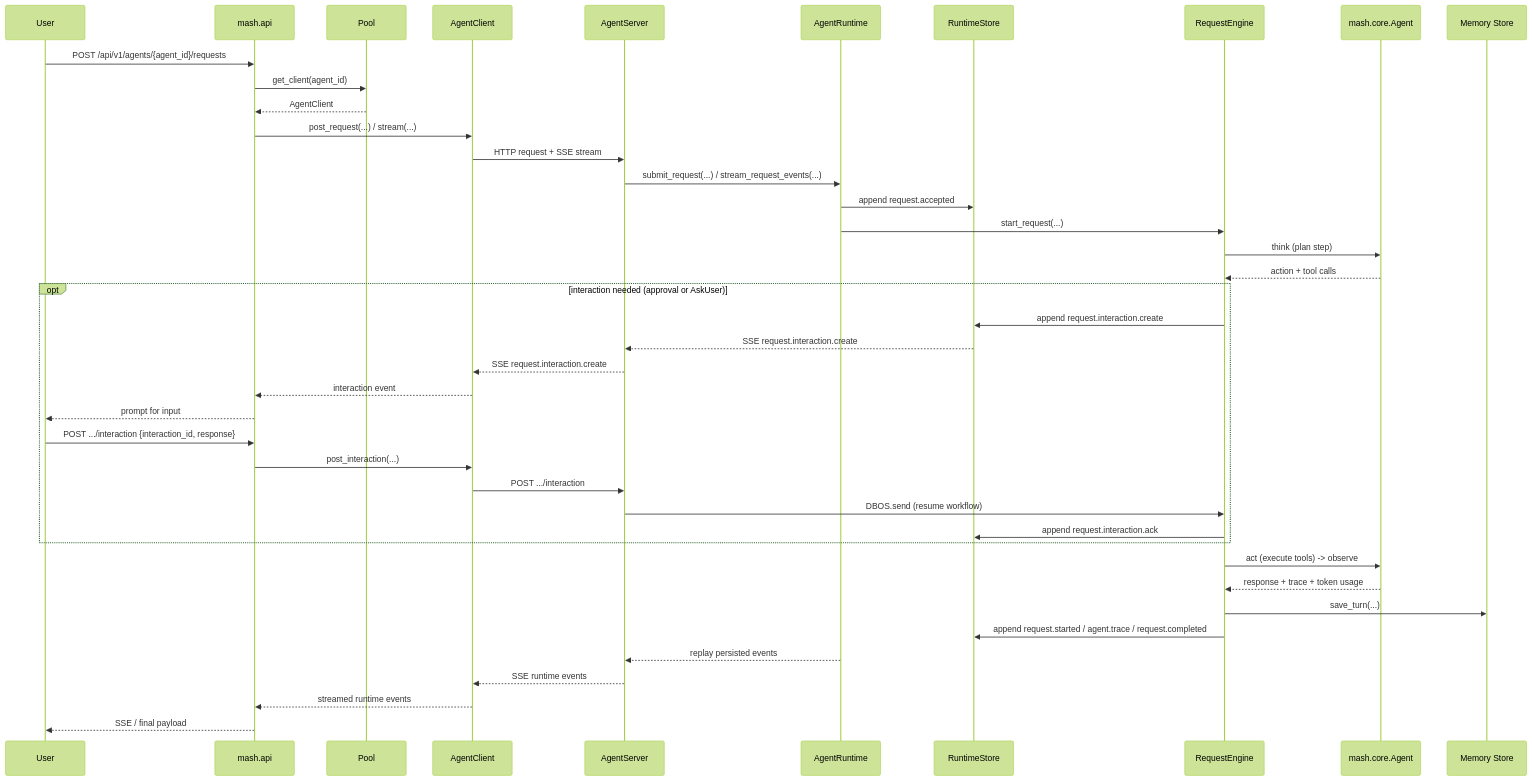
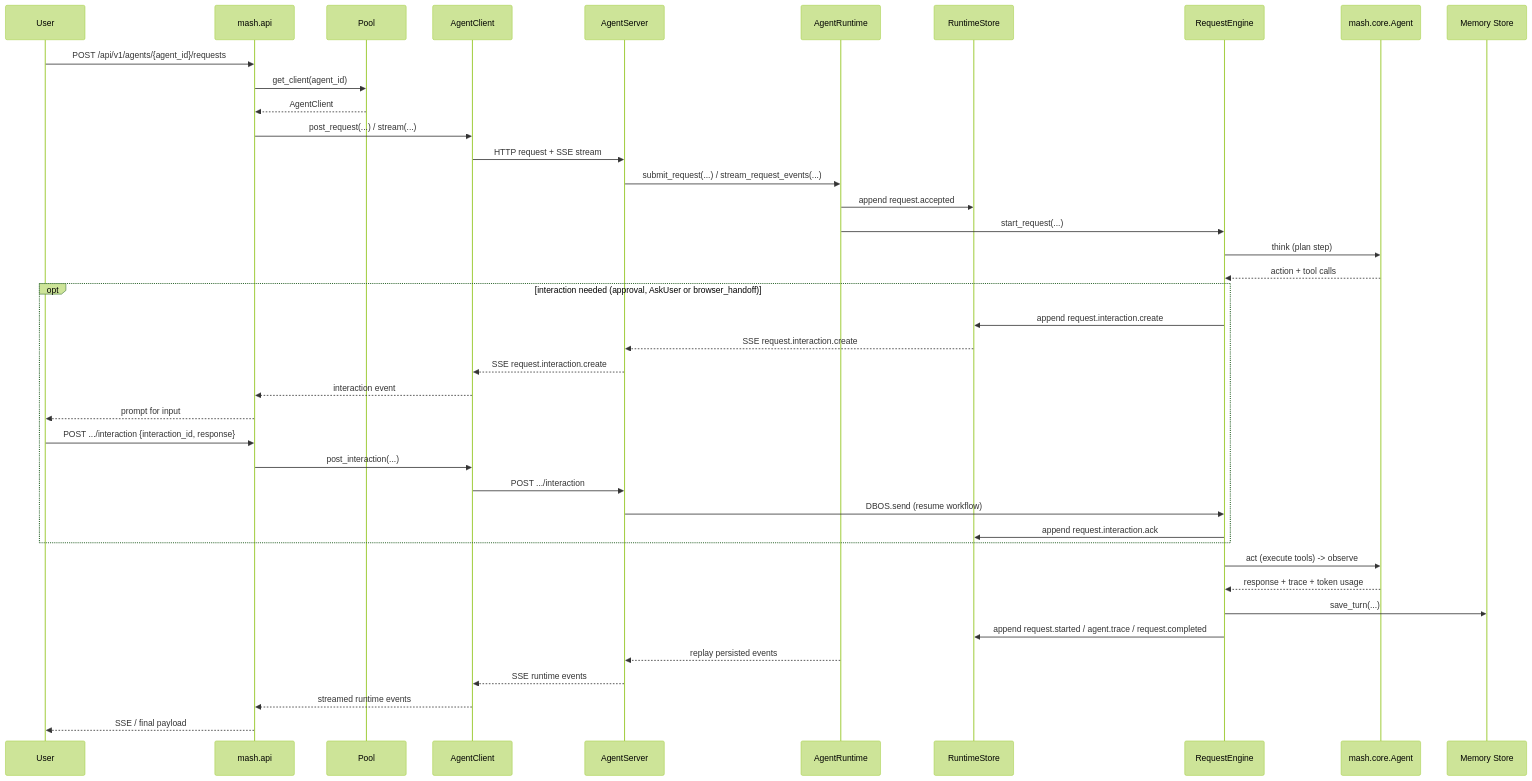
The diagram in src/mash/runtime/README.md (imsid/mashpy), drawn with Mermaid (forest theme) before and after one commit. The commit also changed other lines of this file and 80 other files, not shown here.

First line of the commit message:
feat(browser): give agents a per-user browser driven through Playwright MCP (#253)

````diff
--- a/src/mash/runtime/README.md
+++ b/src/mash/runtime/README.md
@@ -81,46 +81,46 @@
 ```mermaid
 sequenceDiagram
     participant User
     participant API as mash.api
     participant Pool
     participant Client as AgentClient
     participant Server as AgentServer
     participant Runtime as AgentRuntime
     participant Events as RuntimeStore
     participant Engine as RequestEngine
     participant Agent as mash.core.Agent
     participant Memory as Memory Store
 
     User->>API: POST /api/v1/agents/{agent_id}/requests
     API->>Pool: get_client(agent_id)
     Pool-->>API: AgentClient
     API->>Client: post_request(...) / stream(...)
     Client->>Server: HTTP request + SSE stream
     Server->>Runtime: submit_request(...) / stream_request_events(...)
     Runtime->>Events: append request.accepted
     Runtime->>Engine: start_request(...)
     Engine->>Agent: think (plan step)
     Agent-->>Engine: action + tool calls
 
-    opt interaction needed (approval or AskUser)
+    opt interaction needed (approval, AskUser or browser_handoff)
         Engine->>Events: append request.interaction.create
         Events-->>Server: SSE request.interaction.create
         Server-->>Client: SSE request.interaction.create
         Client-->>API: interaction event
         API-->>User: prompt for input
         User->>API: POST .../interaction {interaction_id, response}
         API->>Client: post_interaction(...)
         Client->>Server: POST .../interaction
         Server->>Engine: DBOS.send (resume workflow)
         Engine->>Events: append request.interaction.ack
     end
 
     Engine->>Agent: act (execute tools) -> observe
     Agent-->>Engine: response + trace + token usage
     Engine->>Memory: save_turn(...)
     Engine->>Events: append request.started / agent.trace / request.completed
     Runtime-->>Server: replay persisted events
     Server-->>Client: SSE runtime events
     Client-->>API: streamed runtime events
     API-->>User: SSE / final payload
 ```
````
